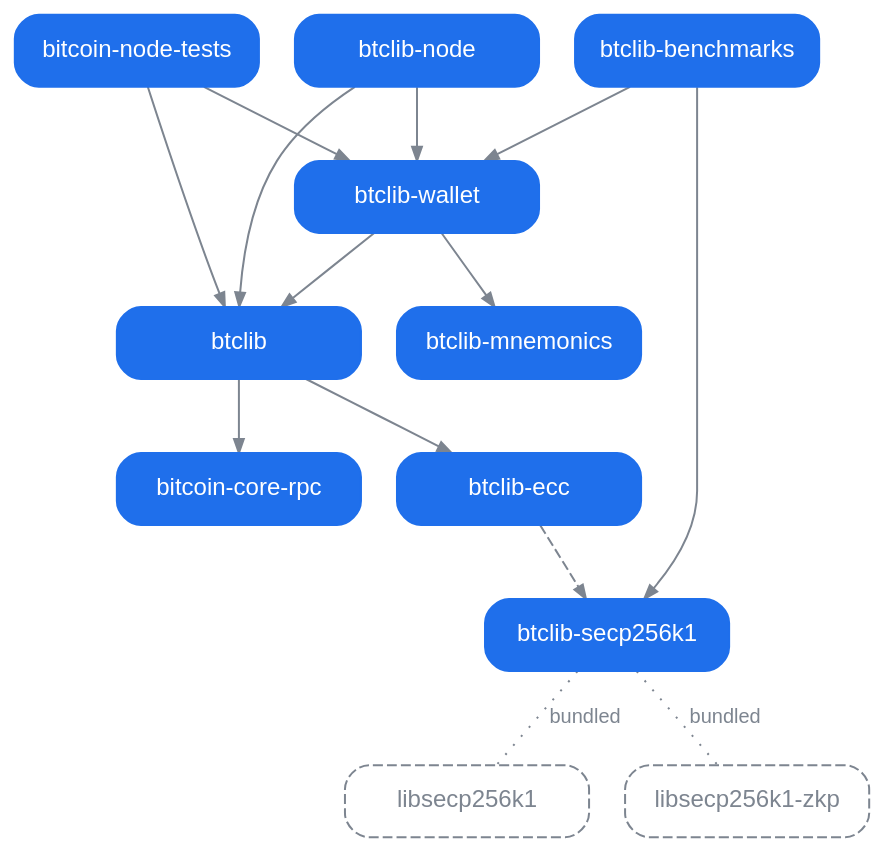
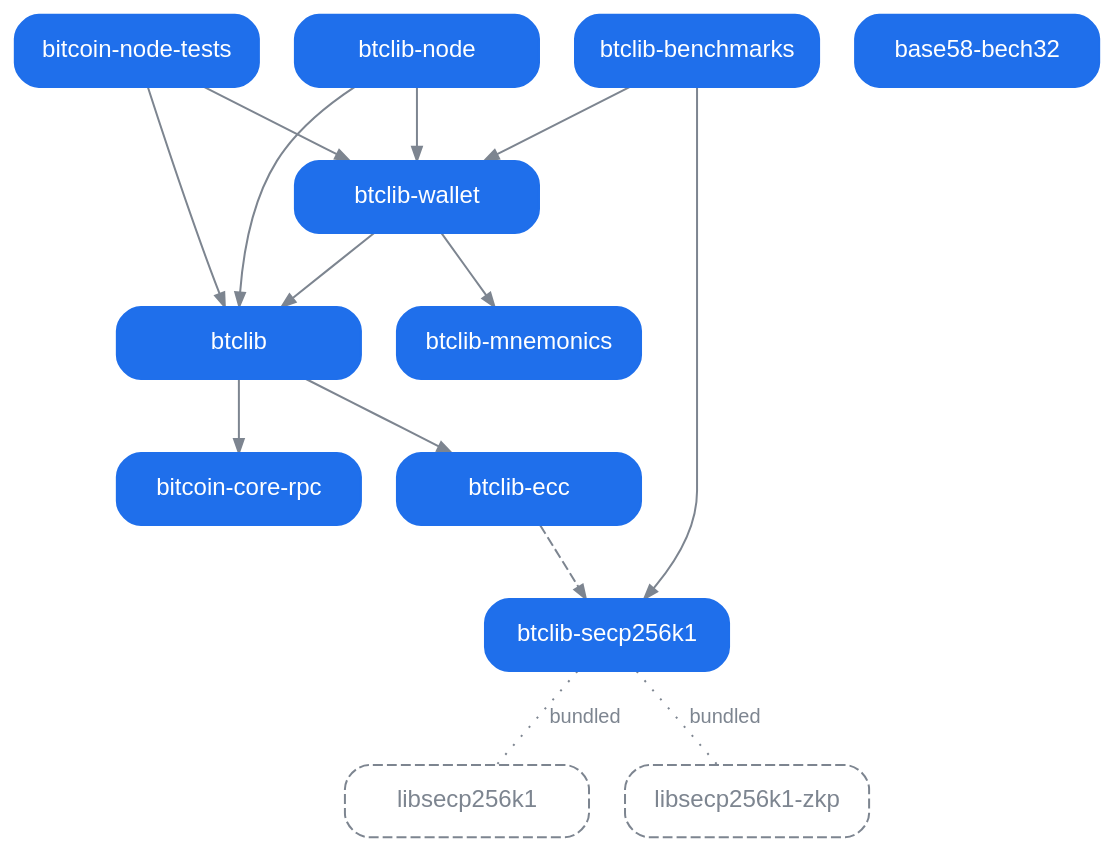
The diagram in profile/dependencies.dot (btclib-org/.github), drawn with Graphviz before and after one commit. The commit also changed 5 other files, not shown here.

First line of the commit message:
base58-bech32 gains its rows and records (issue btclib-org/btclib#2712)

```diff
--- a/profile/dependencies.dot
+++ b/profile/dependencies.dot
@@ -1,85 +1,86 @@
 // How the organization's packages depend on each other: the source of
 // dependencies.svg beside it, which profile/README.md shows.
 //
 // A node is the `[project]` name of every tree of the organization that
 // builds a distribution, `[build-system]` being what says it does. A tree
 // that builds none is not drawn, and neither is an arrow into or out of
 // one. A grey dashed outline is not a package of the organization but a C
 // library one of them bundles: the submodule `X` of such a tree is the
 // node `libX`.
 //
 // An arrow points from a project up to what it depends on: solid where
 // `dependencies` in its pyproject.toml names the target, and dashed where
 // only an `optional-dependencies` extra does. An arrow is drawn only
 // where the dependent, bare or with one of its extras, does not already
 // install its target, with the extras it asks of it, through the arrows
 // that are drawn: `btclib[secp256k1]` asks `btclib-ecc[secp256k1]`, so
 // `btclib`'s own requirement of `btclib-secp256k1` draws nothing, while
 // `btclib-node` asks `btclib[secp256k1]` and `btclib-wallet`'s
 // `dependencies` ask bare `btclib`, so both of `btclib-node`'s arrows are
 // drawn. The extras are written nowhere, and dependency groups are left
 // out, being what a checkout of the tree installs rather than what a user
 // of the package does. A dotted line with no arrowhead, labelled
 // `bundled`, joins a package to a C library that is a submodule of its
 // tree, built into the package rather than installed beside it.
 // tests/dependencies_test.py compares this file with every tree's
 // pyproject.toml and .gitmodules.
 //
 // Every position is set by hand and rendered as it stands, by neato with
 // `nop: 2` in .github/scripts/render_dependencies.mjs, which takes the
 // nodes and the edges where they are written. A node's `pos` is its
 // centre in points, y growing upward, and a row is a level: what a
 // package depends on sits above it, in four columns 145 apart. An edge's
 // `pos` is its route as the control points of a spline whose segments
 // are straight, `e,` giving where the arrowhead's tip lands, and a
 // label's `lp` is where it is written. `btclib-wallet`'s arrow into
 // `btclib` runs along one horizontal line under it, and `btclib-node`'s,
 // from the row under that, goes straight up through that line.
 //
 // The colours are for a transparent background under both of GitHub's
 // themes: text sits on the fill of its box, and the grey of the arrows
 // and of the outlined C libraries reads on the light theme's white and
 // the dark theme's near-black.
 digraph dependencies {
     graph [bgcolor="transparent", outputorder=edgesfirst, pad=0.2];
     node [shape=box, style="rounded,filled", color="#1f6feb", fillcolor="#1f6feb",
           fontcolor="#ffffff", fontname="Helvetica", fontsize=12, width=1.7, height=0.5, fixedsize=true];
     edge [color="#7d8590", fontcolor="#7d8590", fontname="Helvetica", fontsize=10, arrowsize=0.7];
 
     "libsecp256k1"     [pos="290,560", style="rounded,dashed", color="#7d8590", fontcolor="#7d8590"];
     "libsecp256k1-zkp" [pos="435,560", style="rounded,dashed", color="#7d8590", fontcolor="#7d8590"];
+    "base58-bech32"    [pos="145,560"];
     "btclib-mnemonics" [pos="0,460"];
     "bitcoin-core-rpc" [pos="145,460"];
     "btclib-secp256k1" [pos="290,460"];
     "btclib-ecc"       [pos="290,360"];
     "btclib"           [pos="290,260"];
     "btclib-wallet"      [pos="0,160"];
     "bitcoin-node-tests" [pos="145,60"];
     "btclib-benchmarks"  [pos="435,60"];
     "btclib-node"        [pos="290,60"];
 
     "btclib-secp256k1" -> "libsecp256k1" [style=dotted, arrowhead=none, label="bundled", lp="262,510",
         pos="290,478 290,478 290,542 290,542"];
     "btclib-secp256k1" -> "libsecp256k1-zkp" [style=dotted, arrowhead=none, label="bundled", lp="463,526",
         pos="320,478 320,478 320,510 320,510 320,510 435,510 435,510 435,510 435,542 435,542"];
     "btclib-ecc" -> "btclib-secp256k1" [style=dashed,
         pos="e,290,442 290,378 290,378 290,435 290,435"];
     "btclib" -> "btclib-ecc" [pos="e,290,342 290,278 290,278 290,335 290,335"];
     "btclib" -> "bitcoin-core-rpc"
         [pos="e,145,442 229,260 229,260 145,260 145,260 145,260 145,435 145,435"];
     "btclib-wallet" -> "btclib"
         [pos="e,290,242 20,178 20,178 20,210 20,210 20,210 290,210 290,210 290,210 290,235 290,235"];
     "bitcoin-node-tests" -> "btclib-wallet"
         [pos="e,-20,142 125,78 125,78 125,92 125,92 125,92 -20,92 -20,92 -20,92 -20,135 -20,135"];
     "bitcoin-node-tests" -> "btclib"
         [pos="e,250,242 165,78 165,78 165,140 165,140 165,140 250,140 250,140 250,140 250,235 250,235"];
     "btclib-node" -> "btclib" [
         pos="e,290,242 290,78 290,78 290,235 290,235"];
     "btclib-node" -> "btclib-wallet"
         [pos="e,0,142 270,78 270,78 270,108 270,108 270,108 0,108 0,108 0,108 0,135 0,135"];
     "btclib-benchmarks" -> "btclib-wallet"
         [pos="e,20,142 415,78 415,78 415,125 415,125 415,125 20,125 20,125 20,125 20,135 20,135"];
     "btclib-benchmarks" -> "btclib-secp256k1"
         [pos="e,351,460 455,78 455,78 455,460 455,460 455,460 358,460 358,460"];
     "btclib-wallet" -> "btclib-mnemonics" [pos="e,-20,442 -20,178 -20,178 -20,435 -20,435"];
 }
```
